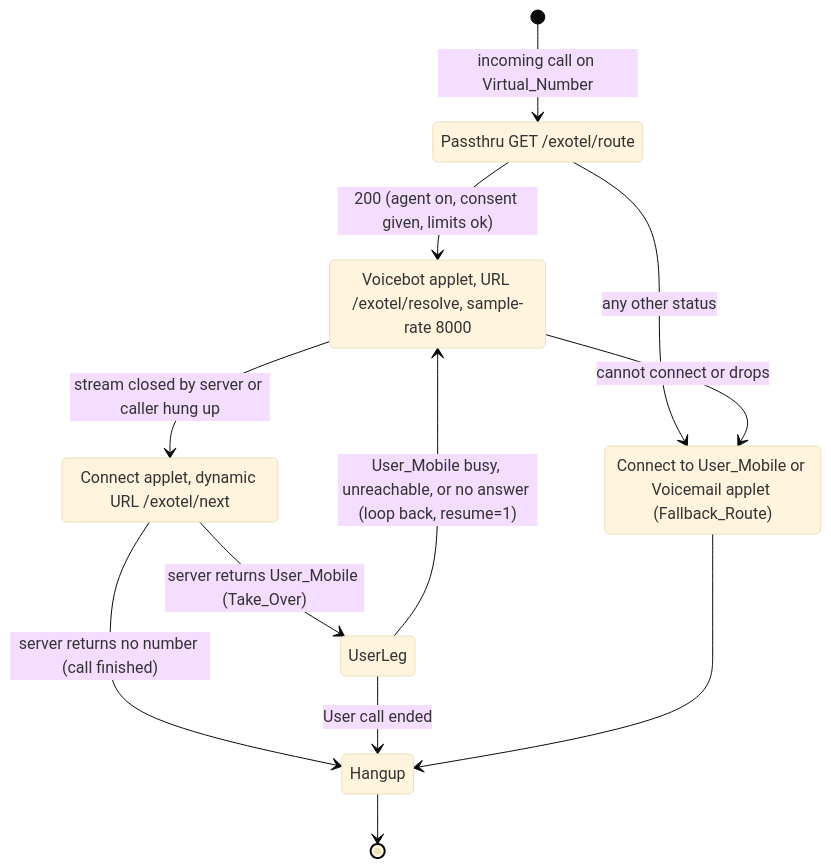
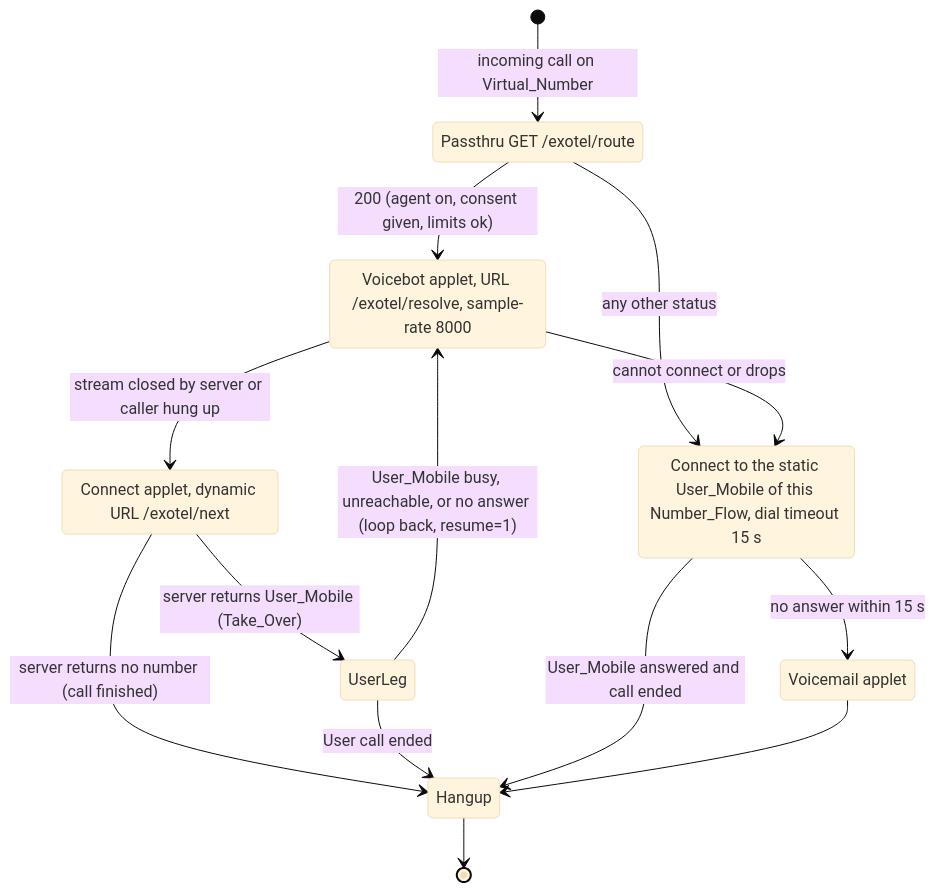
The second of 7 diagrams in .kiro/specs/cloud-call-agent/design.md (ankurldots/Call-Answer), drawn with Mermaid (base theme) before and after one commit. The commit also changed other lines of this file and 2 other files, not shown here.

Commit message:
cloud-call-agent spec: multi-user, per-user settings in DynamoDB, server-down passes call to user

````diff
--- a/.kiro/specs/cloud-call-agent/design.md
+++ b/.kiro/specs/cloud-call-agent/design.md
@@ -73,18 +75,21 @@
 ```mermaid
 stateDiagram-v2
     [*] --> Route: incoming call on Virtual_Number
     Route: Passthru GET /exotel/route
     Route --> Stream: 200 (agent on, consent given, limits ok)
     Route --> Fallback: any other status
     Stream: Voicebot applet, URL /exotel/resolve, sample-rate 8000
     Stream --> Next: stream closed by server or caller hung up
     Stream --> Fallback: cannot connect or drops
     Next: Connect applet, dynamic URL /exotel/next
     Next --> Hangup: server returns no number (call finished)
     Next --> UserLeg: server returns User_Mobile (Take_Over)
     UserLeg --> Hangup: User call ended
     UserLeg --> Stream: User_Mobile busy, unreachable, or no answer (loop back, resume=1)
-    Fallback: Connect to User_Mobile or Voicemail applet (Fallback_Route)
-    Fallback --> Hangup
+    Fallback: Connect to the static User_Mobile of this Number_Flow, dial timeout 15 s
+    Fallback --> Hangup: User_Mobile answered and call ended
+    Fallback --> Voicemail: no answer within 15 s
+    Voicemail: Voicemail applet
+    Voicemail --> Hangup
     Hangup --> [*]
 ```
````
